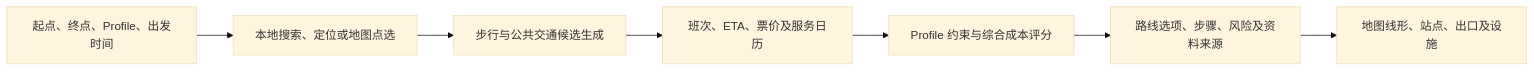
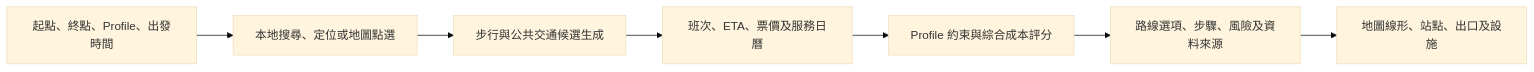
One commit to Ellthy0721/accessmap-hk changed the diagram in README.md. Above: the diagram before and after it, drawn with Mermaid (base theme). The commit also changed other lines of this file and 2 other files, not shown here.

````diff
--- a/README.md
+++ b/README.md
@@ -90,9 +90,9 @@
 ```mermaid
 flowchart LR
-  A["起点、终点、Profile、出发时间"] --> B["本地搜索、定位或地图点选"]
-  B --> C["步行与公共交通候选生成"]
-  C --> D["班次、ETA、票价及服务日历"]
-  D --> E["Profile 约束与综合成本评分"]
-  E --> F["路线选项、步骤、风险及资料来源"]
-  F --> G["地图线形、站点、出口及设施"]
+  A["起點、終點、Profile、出發時間"] --> B["本地搜尋、定位或地圖點選"]
+  B --> C["步行與公共交通候選生成"]
+  C --> D["班次、ETA、票價及服務日曆"]
+  D --> E["Profile 約束與綜合成本評分"]
+  E --> F["路線選項、步驟、風險及資料來源"]
+  F --> G["地圖線形、站點、出口及設施"]
 ```
````
